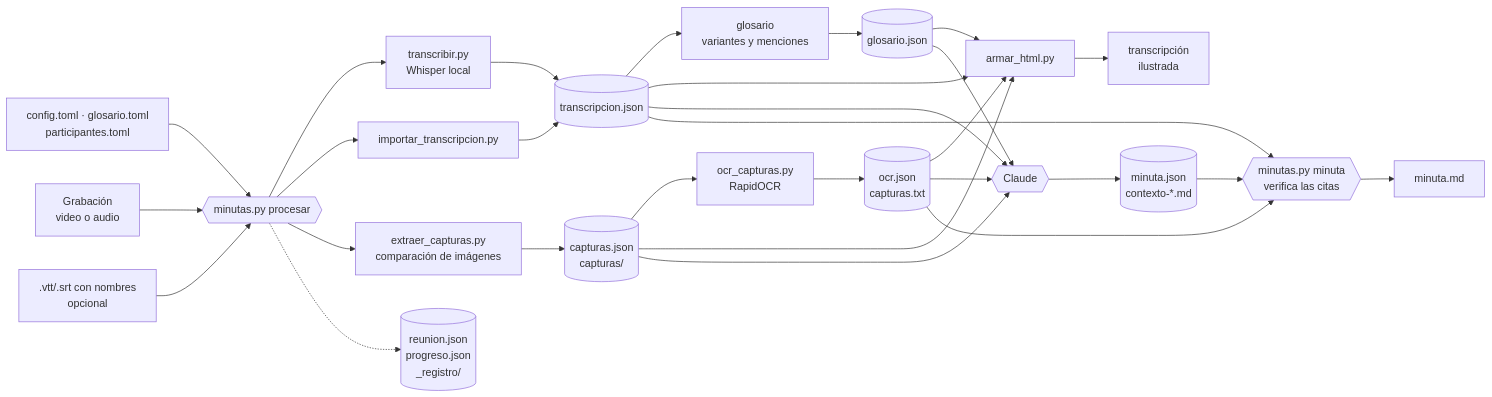
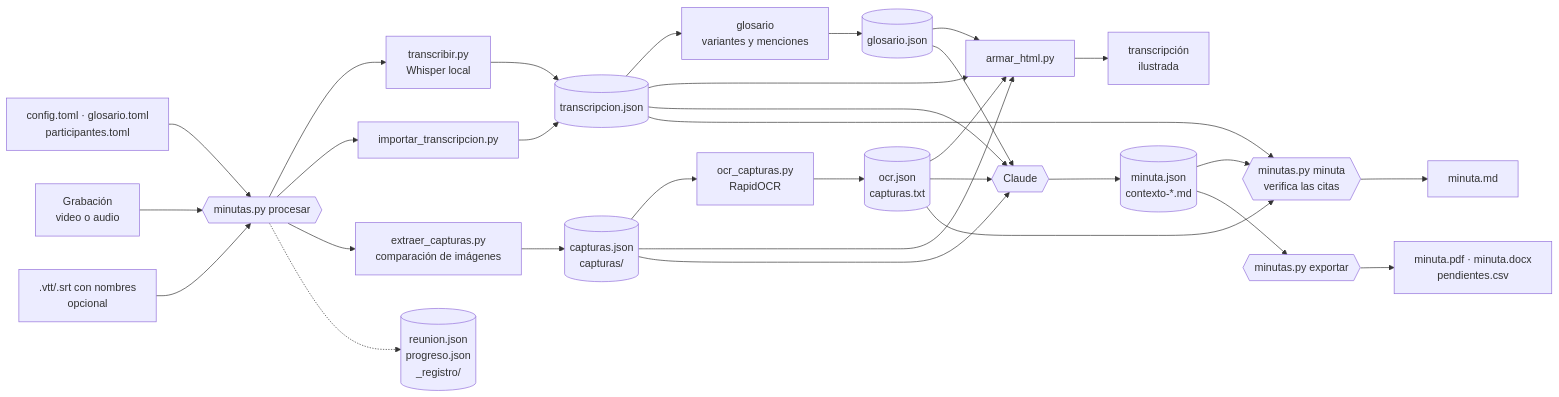
The diagram in docs/arquitectura.md (Juliocbm/minutas-video), drawn with Mermaid before and after one commit. The commit also changed other lines of this file and 24 other files, not shown here.

````diff
--- a/docs/arquitectura.md
+++ b/docs/arquitectura.md
@@ -13,31 +13,33 @@
 ```mermaid
 flowchart LR
     CFG[config.toml · glosario.toml<br/>participantes.toml] --> O
     G[Grabación<br/>video o audio] --> O{{minutas.py procesar}}
     V[.vtt/.srt con nombres<br/>opcional] --> O
     O --> W[transcribir.py<br/>Whisper local]
     O --> I[importar_transcripcion.py]
     O --> C[extraer_capturas.py<br/>comparación de imágenes]
     W --> T[(transcripcion.json)]
     I --> T
     C --> K[(capturas.json<br/>capturas/)]
     K --> OC[ocr_capturas.py<br/>RapidOCR]
     OC --> OJ[(ocr.json<br/>capturas.txt)]
     T --> GL[glosario<br/>variantes y menciones]
     GL --> GJ[(glosario.json)]
     T --> H[armar_html.py]
     K --> H
     OJ --> H
     GJ --> H
     H --> HTML[transcripción<br/>ilustrada]
     O -.-> R[(reunion.json<br/>progreso.json<br/>_registro/)]
     T --> CL{{Claude}}
     K --> CL
     OJ --> CL
     GJ --> CL
     CL --> MJ[(minuta.json<br/>contexto-*.md)]
     MJ --> MV{{minutas.py minuta<br/>verifica las citas}}
     T --> MV
     OJ --> MV
     MV --> M[minuta.md]
+    MJ --> EX{{minutas.py exportar}}
+    EX --> D[minuta.pdf · minuta.docx<br/>pendientes.csv]
 ```
````
